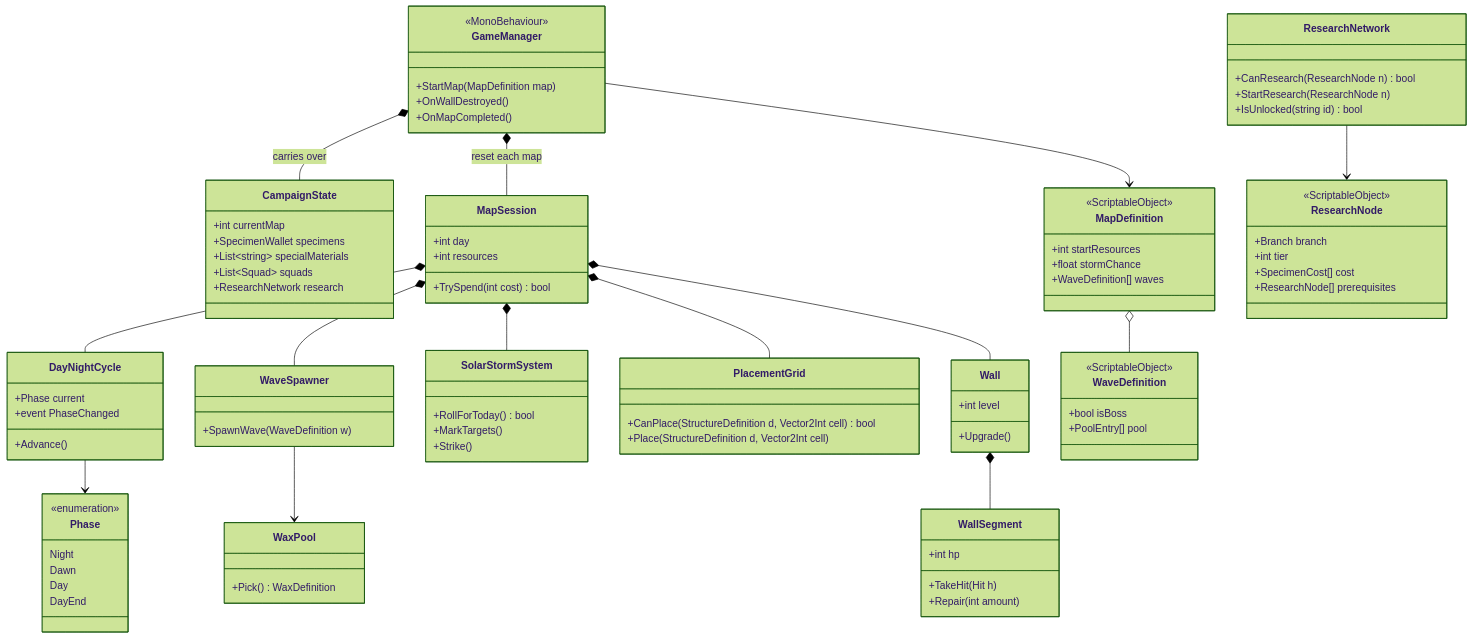
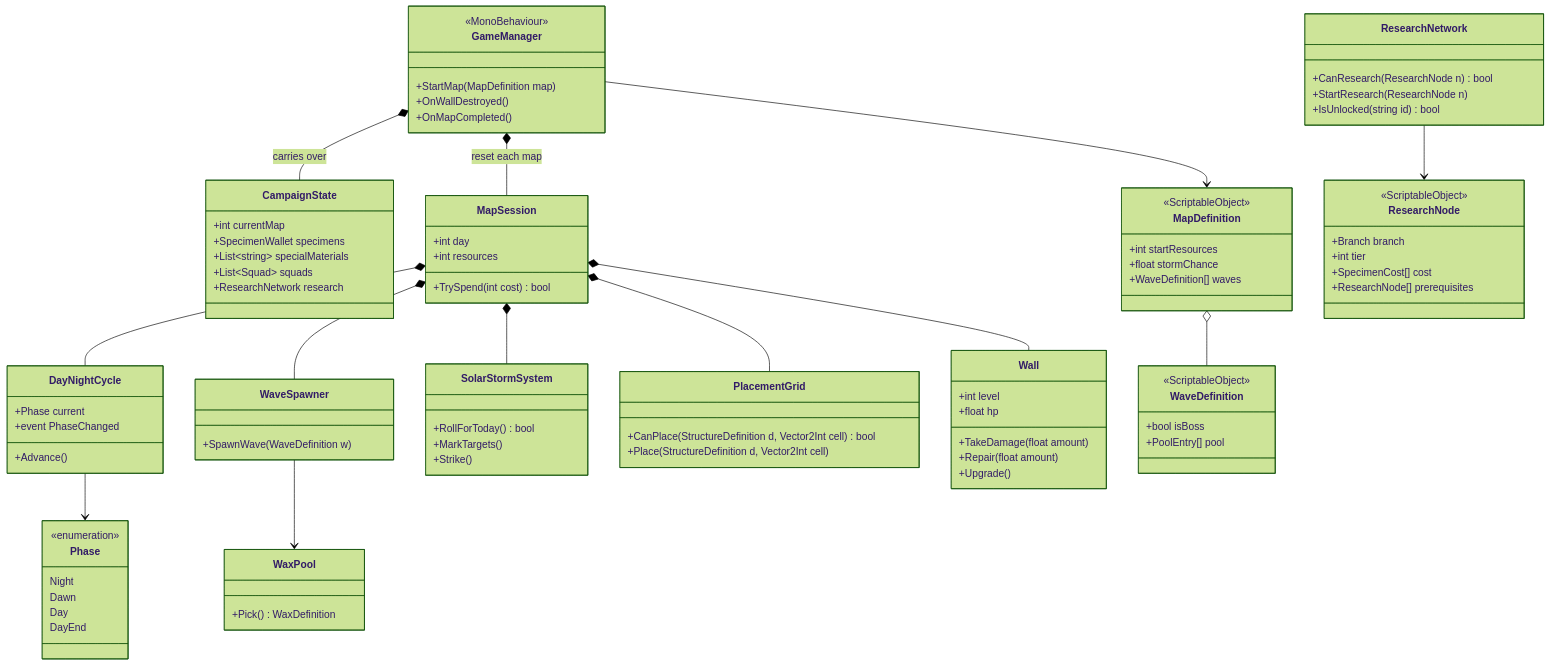
One commit to HaoKiet10/Guardian-Of-Dawn changed the fifth of 5 diagrams in Docs/Final Project/Guardian of Dawn - Class Design.md. Above: the diagram before and after it, drawn with Mermaid (forest theme). The commit also changed other lines of this file and 5 other files, not shown here.

Commit message:
Add wall with a single health bar that wax damage

```diff
--- a/Docs/Final Project/Guardian of Dawn - Class Design.md
+++ b/Docs/Final Project/Guardian of Dawn - Class Design.md
@@ -331,14 +331,11 @@
   }
   class Wall {
     +int level
+    +float hp
+    +TakeDamage(float amount)
+    +Repair(float amount)
     +Upgrade()
   }
-  class WallSegment {
-    +int hp
-    +TakeHit(Hit h)
-    +Repair(int amount)
-  }
-  Wall *-- WallSegment
 
   class ResearchNetwork {
     +CanResearch(ResearchNode n) bool
```
